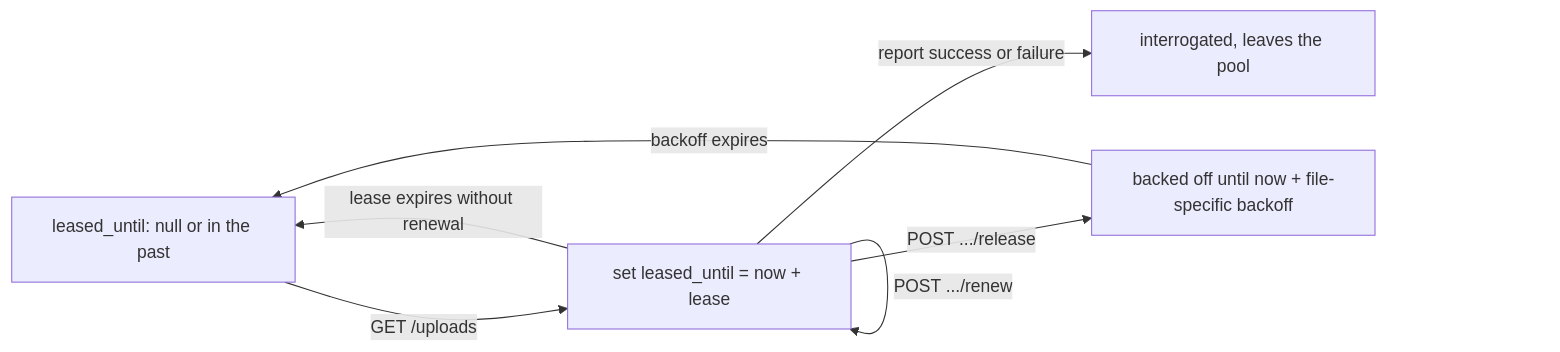
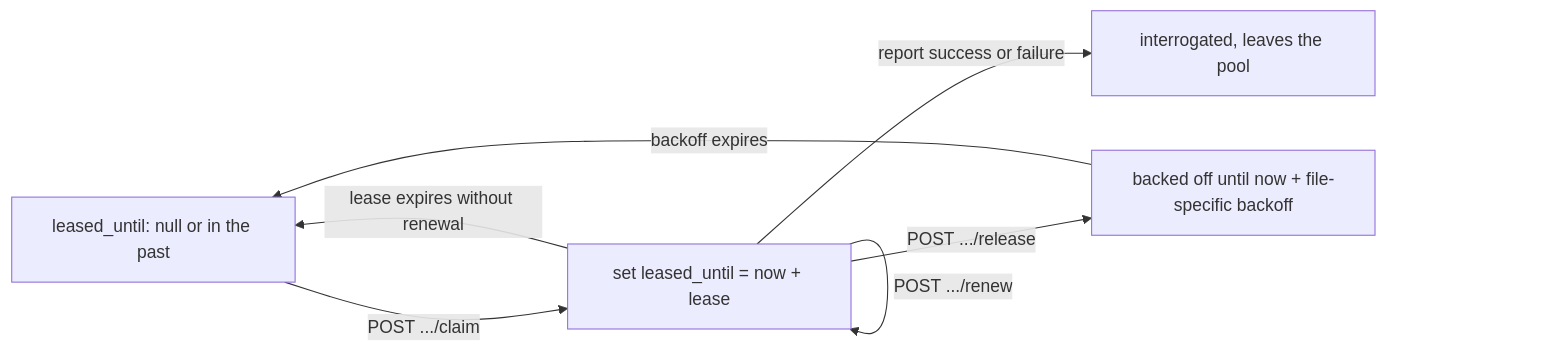
Before and after one commit to ghga-de/ghga: the diagram in docs/epics/epic-0094-leafcutter-ant.md, drawn with Mermaid. The commit also changed other lines of this file and 1 other file, not shown here.

Commit message:
docs: Use new POST endpoint on FIS

````diff
--- a/docs/epics/epic-0094-leafcutter-ant.md
+++ b/docs/epics/epic-0094-leafcutter-ant.md
@@ -107,9 +117,9 @@
 ```mermaid
 flowchart LR
-    A[leased_until: null or in the past] -->|GET /uploads| B[set leased_until = now + lease]
+    A[leased_until: null or in the past] -->|POST .../claim| B[set leased_until = now + lease]
     B -->|POST .../renew| B
     B -->|report success or failure| C[interrogated, leaves the pool]
     B -->|POST .../release| D[backed off until now + file-specific backoff]
     B -->|lease expires without renewal| A
     D -->|backoff expires| A
 ```
````
